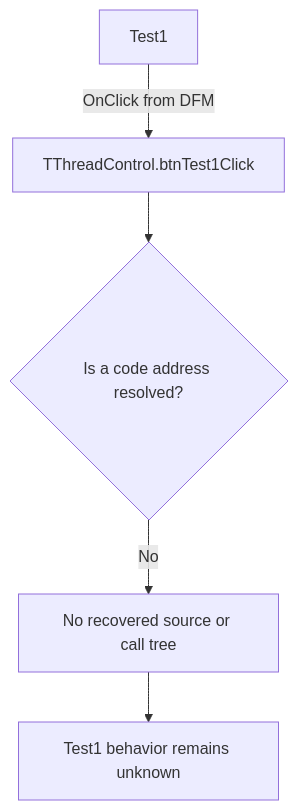
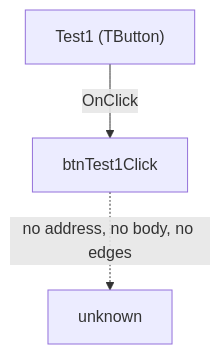
One commit to MovGP0/TIARA changed the diagram in docs/ui-controls/threadcontrol/btntest1-0054e23874.md. Above: the diagram before and after it, drawn with Mermaid. The commit also changed other lines of this file and 106 other files, not shown here.

````diff
--- a/docs/ui-controls/threadcontrol/btntest1-0054e23874.md
+++ b/docs/ui-controls/threadcontrol/btntest1-0054e23874.md
@@ -29,7 +29,5 @@
 ```mermaid
 flowchart TD
-    control["Test1"] -->|OnClick from DFM| binding["TThreadControl.btnTest1Click"]
-    binding --> address{"Is a code address resolved?"}
-    address -->|No| gap["No recovered source or call tree"]
-    gap --> unknown["Test1 behavior remains unknown"]
+    control["Test1 (TButton)"] -->|"OnClick"| handler["btnTest1Click"]
+    handler -.->|"no address, no body, no edges"| gone["unknown"]
 ```
````
